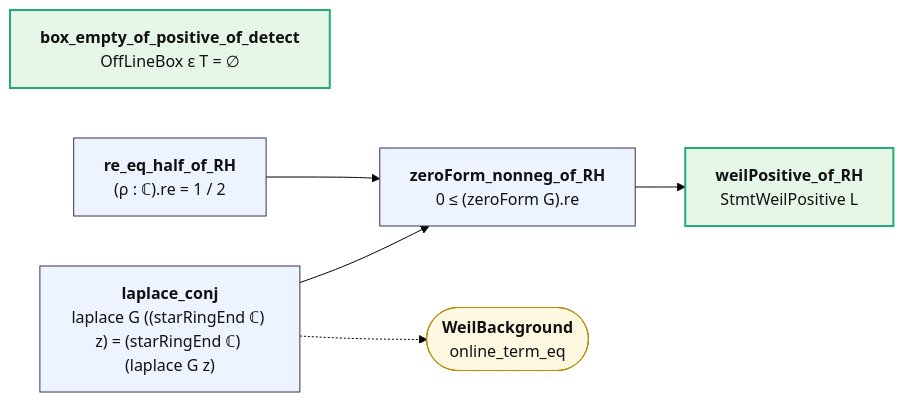
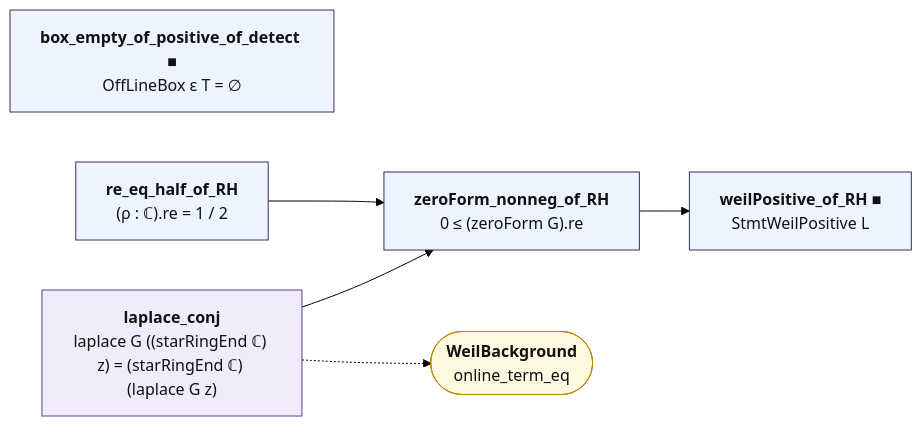
Before and after one commit to juliansambranojr/Primebeat_081426: the diagram in map/lean_stage3/WeilDetect.md, drawn with Mermaid (forest theme). The commit also changed other lines of this file and 398 other files, not shown here.

````diff
--- a/map/lean_stage3/WeilDetect.md
+++ b/map/lean_stage3/WeilDetect.md
@@ -12,18 +12,21 @@
 ```mermaid
 flowchart LR
-  n0["<b>box_empty_of_positive_of_detect</b><br/>OffLineBox ε T = ∅"]:::end_
-  n1["<b>laplace_conj</b><br/>laplace G ((starRingEnd ℂ) z) = (starRingEnd ℂ) (laplace G z)"]:::thm
+  n0["<b>box_empty_of_positive_of_detect ■</b><br/>OffLineBox ε T = ∅"]:::thm
+  n1["<b>laplace_conj</b><br/>laplace G ((starRingEnd ℂ) z) = (starRingEnd ℂ) (laplace G z)"]:::shp
   n2["<b>re_eq_half_of_RH</b><br/>(ρ : ℂ).re = 1 / 2"]:::thm
   n3["<b>zeroForm_nonneg_of_RH</b><br/>0 ≤ (zeroForm G).re"]:::thm
-  n4["<b>weilPositive_of_RH</b><br/>StmtWeilPositive L"]:::end_
+  n4["<b>weilPositive_of_RH ■</b><br/>StmtWeilPositive L"]:::thm
   x0(["<b>WeilBackground</b><br/>online_term_eq"]):::ext
   n1 --> n3
   n2 --> n3
   n3 --> n4
   n1 -.-> x0
+  classDef cnt fill:#dff5ec,stroke:#17694a,color:#111
+  classDef shp fill:#f1ecfb,stroke:#5b3fa0,color:#111
+  classDef rh fill:#ffe5e5,stroke:#c22,color:#111,stroke-width:2px
   classDef thm fill:#eef4ff,stroke:#335,color:#111
   classDef end_ fill:#e7f7e7,stroke:#2a7,color:#111,stroke-width:2px
   classDef lone fill:#fff,stroke:#999,color:#111,stroke-dasharray:4 3
   classDef bad fill:#ffe5e5,stroke:#c22,color:#111,stroke-width:2px
   classDef ext fill:#fff8e1,stroke:#b80,color:#111
 ```
````
